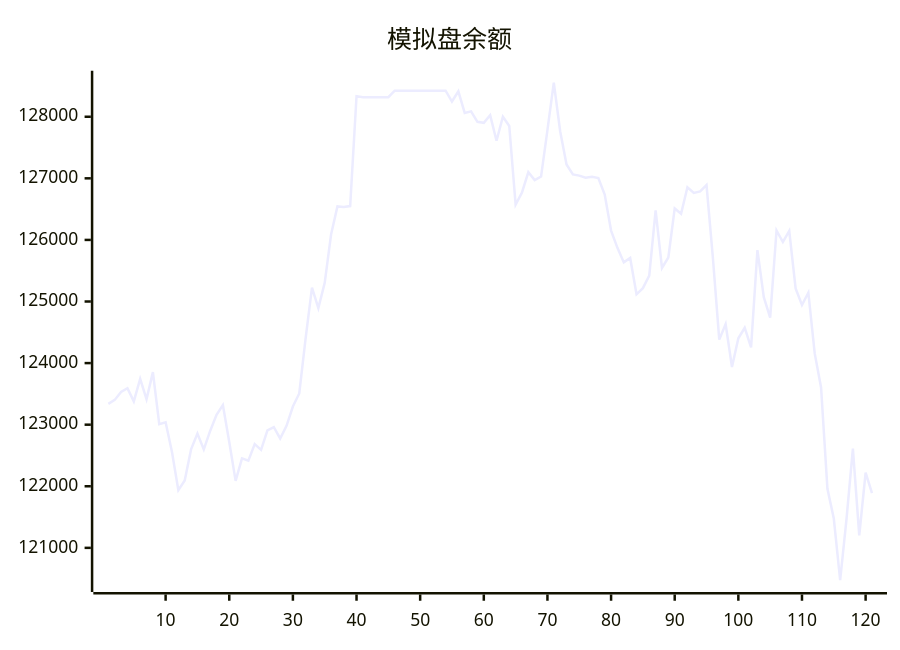
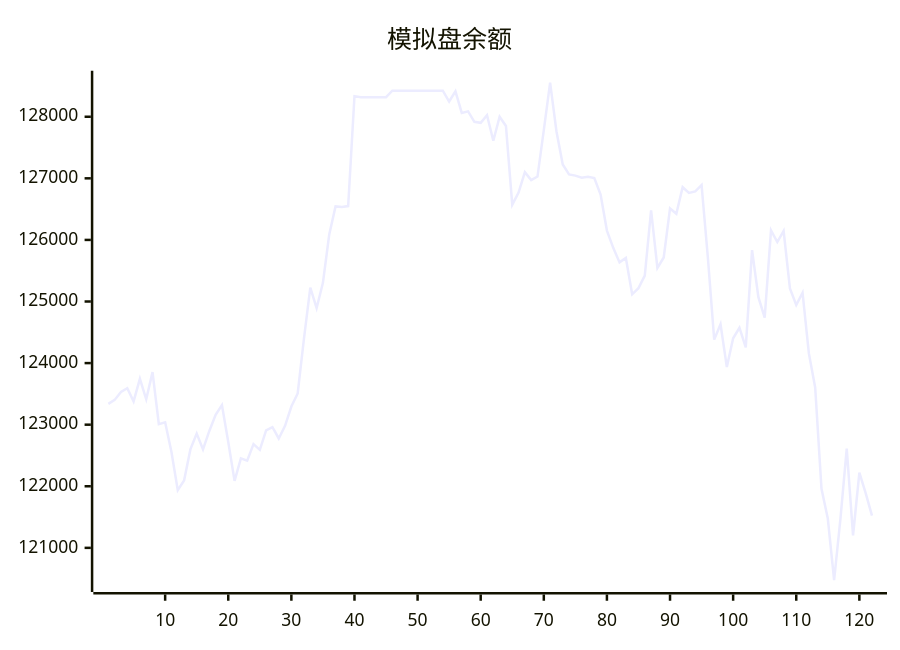
The diagram in README.md (aahl/ai-trading), drawn with Mermaid before and after one commit. The commit also changed other lines of this file and 3 other files, not shown here.

````diff
--- a/README.md
+++ b/README.md
@@ -5,5 +5,5 @@
 ```mermaid
 xychart
     title "模拟盘余额"
-    line [123338,123402,123530,123592,123378,123745,123413,123853,123009,123040,122557,121938,122095,122599,122856,122597,122898,123160,123319,122719,122087,122454,122416,122685,122592,122907,122961,122776,122981,123295,123507,124403,125224,124894,125303,126088,126544,126534,126549,128335,128318,128318,128318,128318,128318,128424,128424,128424,128424,128424,128424,128424,128424,128424,128247,128412,128062,128087,127917,127901,128026,127611,128000,127850,126572,126770,127100,126971,127029,127783,128554,127765,127224,127064,127044,127009,127025,127004,126738,126152,125871,125635,125707,125117,125217,125420,126480,125545,125715,126511,126424,126856,126764,126788,126890,125710,124381,124632,123936,124402,124574,124256,125833,125070,124739,126154,125966,126145,125213,124943,125143,124157,123604,121959,121476,120476,121470,122610,121201,122221,121889]
+    line [123338,123402,123530,123592,123378,123745,123413,123853,123009,123040,122557,121938,122095,122599,122856,122597,122898,123160,123319,122719,122087,122454,122416,122685,122592,122907,122961,122776,122981,123295,123507,124403,125224,124894,125303,126088,126544,126534,126549,128335,128318,128318,128318,128318,128318,128424,128424,128424,128424,128424,128424,128424,128424,128424,128247,128412,128062,128087,127917,127901,128026,127611,128000,127850,126572,126770,127100,126971,127029,127783,128554,127765,127224,127064,127044,127009,127025,127004,126738,126152,125871,125635,125707,125117,125217,125420,126480,125545,125715,126511,126424,126856,126764,126788,126890,125710,124381,124632,123936,124402,124574,124256,125833,125070,124739,126154,125966,126145,125213,124943,125143,124157,123604,121959,121476,120476,121470,122610,121201,122221,121889,121522]
 ```
````
